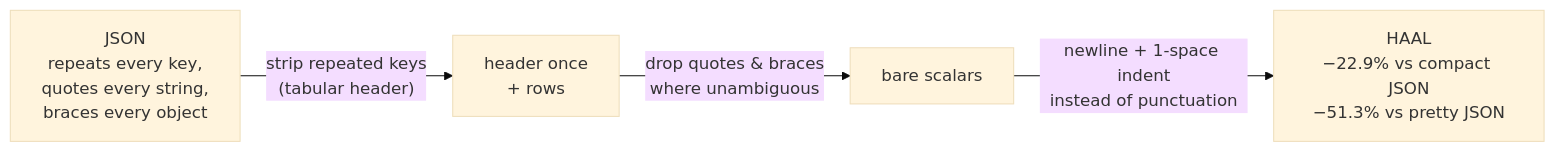
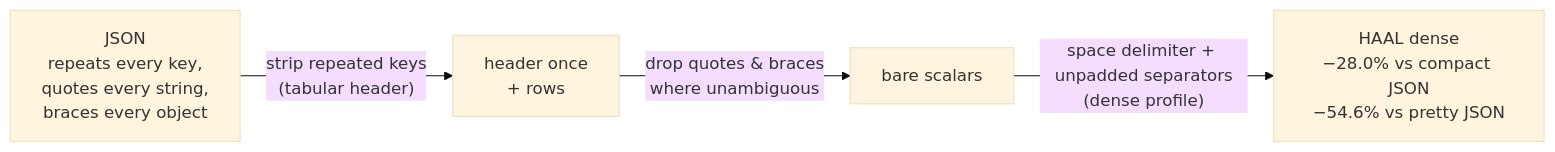
One commit to adhyaay-karnwal/haaland changed the diagram in README.md. Above: the diagram before and after it, drawn with Mermaid (base theme). The commit also changed other lines of this file and 18 other files, not shown here.

First line of the commit message:
feat: dense profile — measured maximum-efficiency encoding (v0.2.0) (#5)

````diff
--- a/README.md
+++ b/README.md
@@ -99,6 +122,6 @@
 ```mermaid
 flowchart LR
     A["JSON<br/>repeats every key,<br/>quotes every string,<br/>braces every object"] -->|"strip repeated keys<br/>(tabular header)"| B
     B["header once<br/>+ rows"] -->|"drop quotes & braces<br/>where unambiguous"| C
-    C["bare scalars"] -->|"newline + 1-space indent<br/>instead of punctuation"| D["HAAL<br/>−22.9% vs compact JSON<br/>−51.3% vs pretty JSON"]
+    C["bare scalars"] -->|"space delimiter + unpadded separators<br/>(dense profile)"| D["HAAL dense<br/>−28.0% vs compact JSON<br/>−54.6% vs pretty JSON"]
 ```
````
